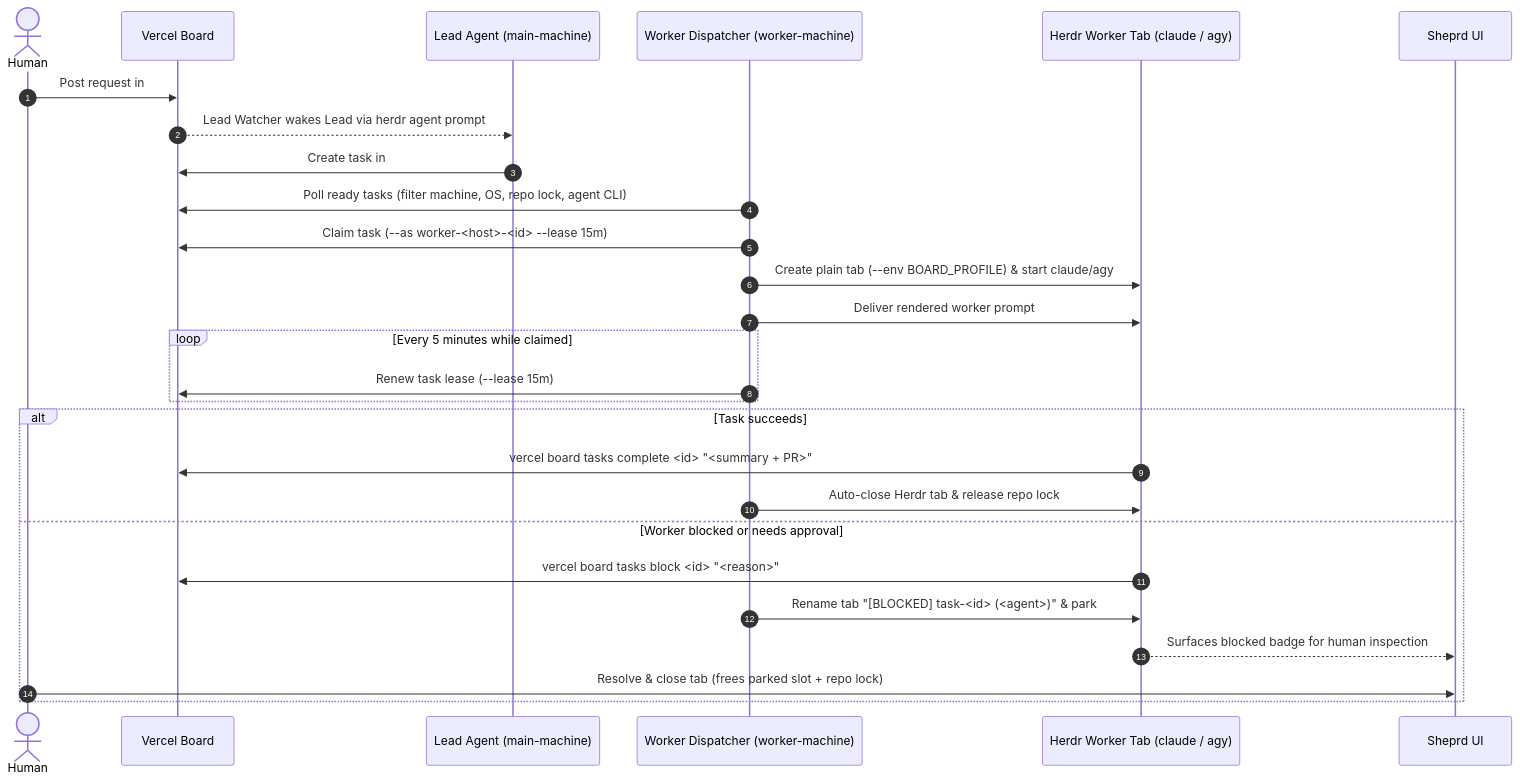
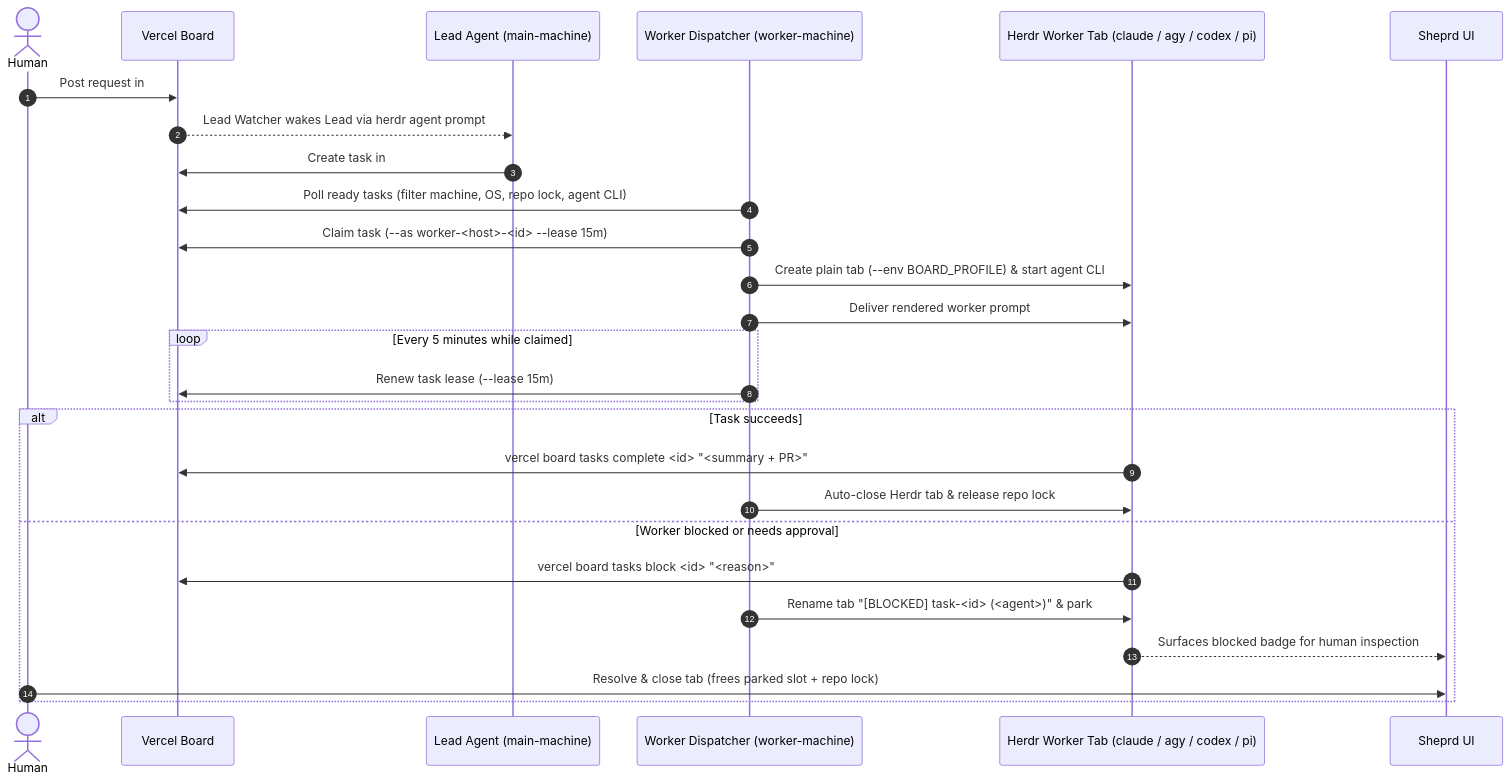
Before and after one commit to kodi/bordr-swarm: the second of 2 diagrams in docs/architecture.md, drawn with Mermaid. The commit also changed other lines of this file and 1 other file, not shown here.

Commit message:
docs: simplify architecture diagram for readable main-worker flow

````diff
--- a/docs/architecture.md
+++ b/docs/architecture.md
@@ -49,32 +39,32 @@
 ```mermaid
 sequenceDiagram
   autonumber
   actor Human
   participant Board as Vercel Board
   participant Lead as Lead Agent (main-machine)
   participant Disp as Worker Dispatcher (worker-machine)
-  participant Herdr as Herdr Worker Tab (claude / agy)
+  participant Herdr as Herdr Worker Tab (claude / agy / codex / pi)
   participant Sheprd as Sheprd UI
 
   Human->>Board: Post request in #inbox
   Board-->>Lead: Lead Watcher wakes Lead via herdr agent prompt
   Lead->>Board: Create task in #projects/<slug> (labels: machine=, agent=)
   Disp->>Board: Poll ready tasks (filter machine, OS, repo lock, agent CLI)
   Disp->>Board: Claim task (--as worker-<host>-<id> --lease 15m)
-  Disp->>Herdr: Create plain tab (--env BOARD_PROFILE) & start claude/agy
+  Disp->>Herdr: Create plain tab (--env BOARD_PROFILE) & start agent CLI
   Disp->>Herdr: Deliver rendered worker prompt
 
   loop Every 5 minutes while claimed
     Disp->>Board: Renew task lease (--lease 15m)
   end
 
   alt Task succeeds
     Herdr->>Board: vercel board tasks complete <id> "<summary + PR>"
     Disp->>Herdr: Auto-close Herdr tab & release repo lock
   else Worker blocked or needs approval
     Herdr->>Board: vercel board tasks block <id> "<reason>"
     Disp->>Herdr: Rename tab "[BLOCKED] task-<id> (<agent>)" & park
     Herdr-->>Sheprd: Surfaces blocked badge for human inspection
     Human->>Sheprd: Resolve & close tab (frees parked slot + repo lock)
   end
 ```
````
